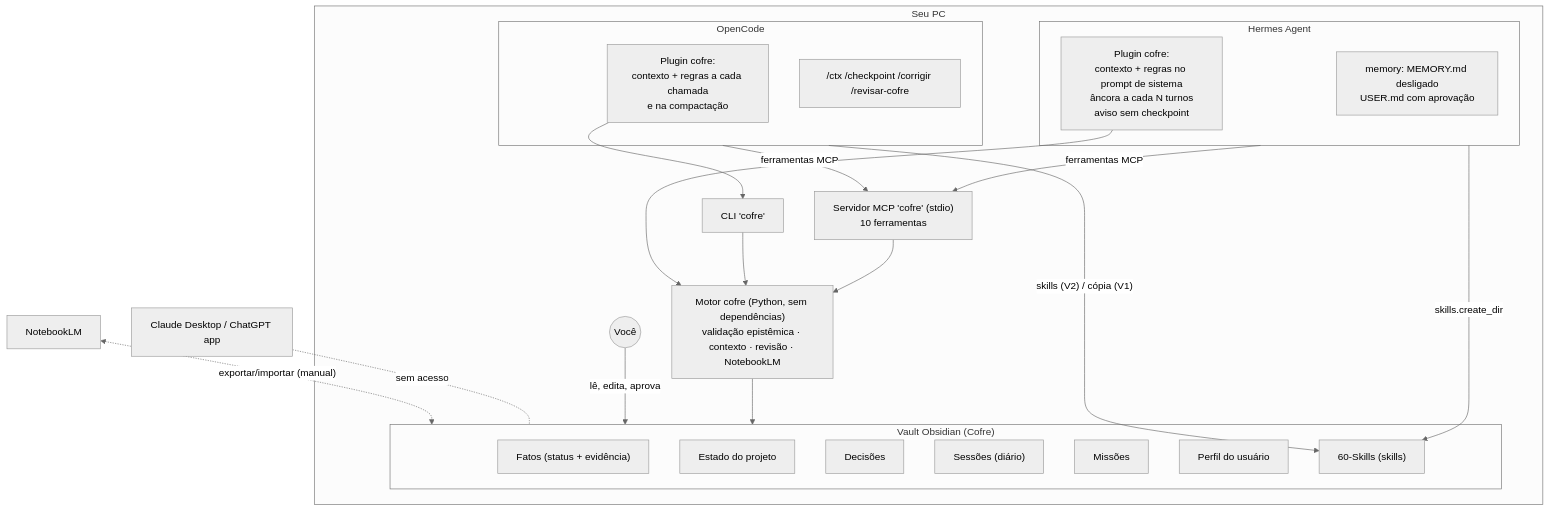
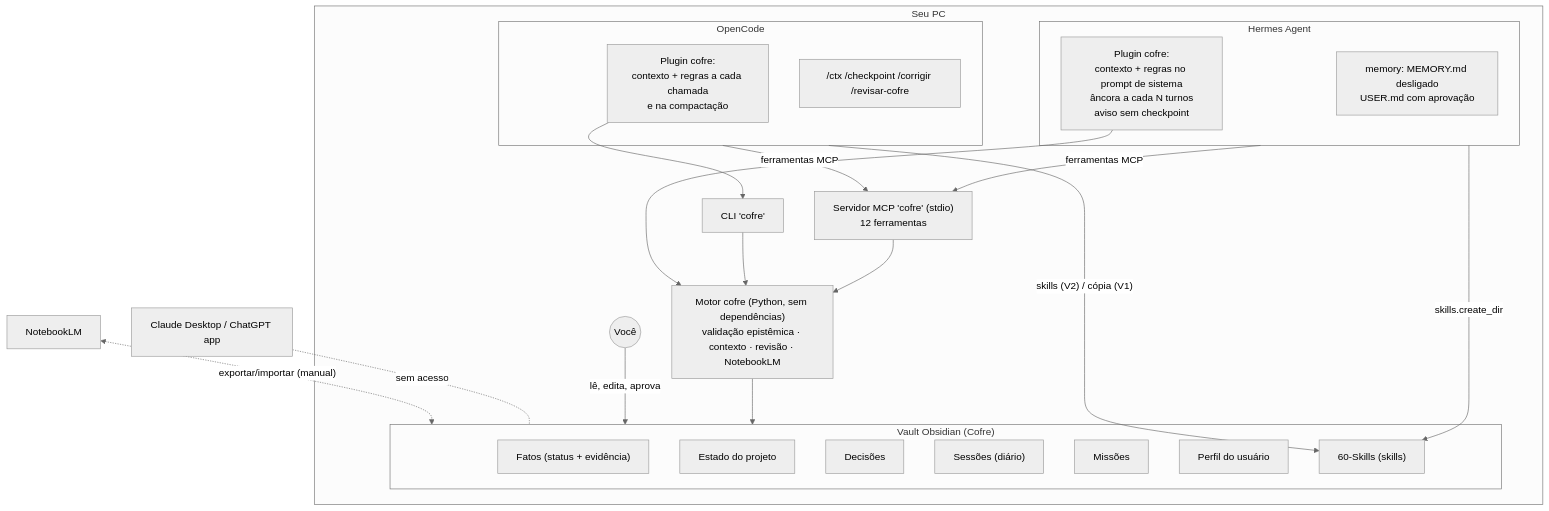
Before and after one commit to MarcBuzatto/sistema-hermes-opencode: the diagram in docs/01-arquitetura.md, drawn with Mermaid (neutral theme). The commit also changed 33 other files, not shown here.

````diff
--- a/docs/01-arquitetura.md
+++ b/docs/01-arquitetura.md
@@ -25,38 +25,38 @@
 ```mermaid
 flowchart TB
     subgraph PC["Seu PC"]
         subgraph Vault["Vault Obsidian (Cofre)"]
             F["Fatos (status + evidência)"]
             E["Estado do projeto"]
             D["Decisões"]
             S["Sessões (diário)"]
             M["Missões"]
             P["Perfil do usuário"]
             K["60-Skills (skills)"]
         end
         Motor["Motor cofre (Python, sem dependências)<br/>validação epistêmica · contexto · revisão · NotebookLM"]
-        MCP["Servidor MCP 'cofre' (stdio)<br/>10 ferramentas"]
+        MCP["Servidor MCP 'cofre' (stdio)<br/>12 ferramentas"]
         CLI["CLI 'cofre'"]
         Motor --> Vault
         MCP --> Motor
         CLI --> Motor
 
         subgraph Hermes["Hermes Agent"]
             HP["Plugin cofre:<br/>contexto + regras no prompt de sistema<br/>âncora a cada N turnos<br/>aviso sem checkpoint"]
             HM["memory: MEMORY.md desligado<br/>USER.md com aprovação"]
         end
         subgraph OpenCode["OpenCode"]
             OP["Plugin cofre:<br/>contexto + regras a cada chamada<br/>e na compactação"]
             OC["/ctx /checkpoint /corrigir /revisar-cofre"]
         end
         Hermes -- "ferramentas MCP" --> MCP
         OpenCode -- "ferramentas MCP" --> MCP
         HP --> Motor
         OP --> CLI
         Hermes -- "skills.create_dir" --> K
         OpenCode -- "skills (V2) / cópia (V1)" --> K
         Voce(("Você")) -- "lê, edita, aprova" --> Vault
     end
     Apps["Claude Desktop / ChatGPT app"] -. "sem acesso" .- Vault
     NLM["NotebookLM"] <-. "exportar/importar (manual)" .-> Vault
 ```
````
